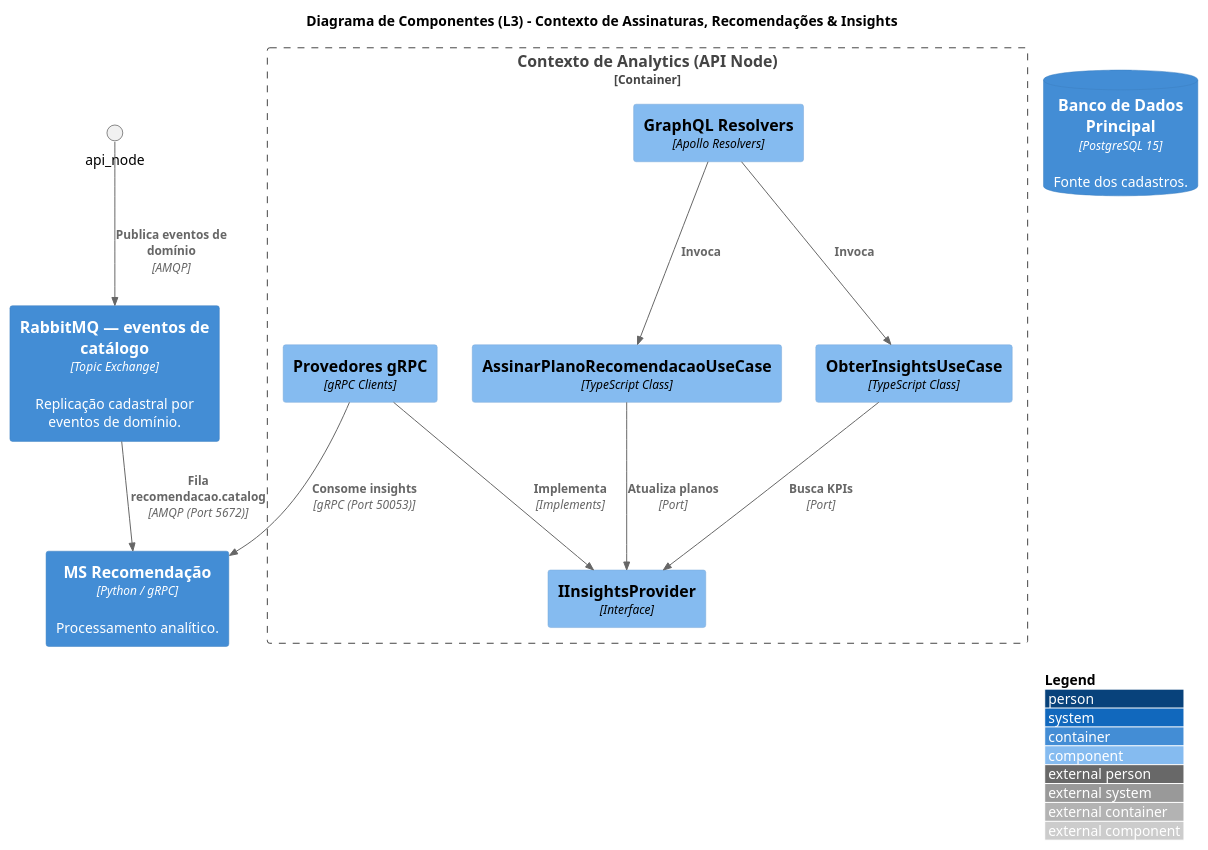
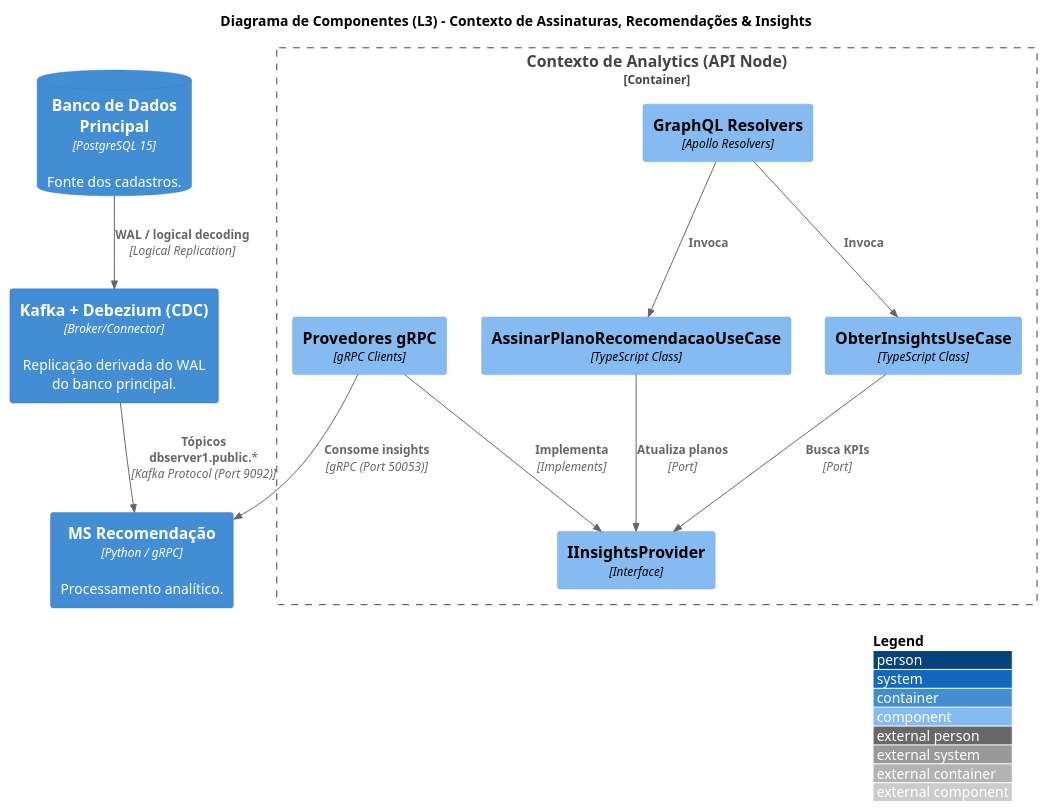
Before and after one commit to arthurair3s/arquitetura-de-software: the fourth of 5 diagrams in docs/diagramas/c3/c4_l3_component.puml, drawn with PlantUML. The commit also changed 5 other files, not shown here.

First line of the commit message:
atualiza README e diagramas para o pipeline de CDC

```diff
--- a/docs/diagramas/c3/c4_l3_component.puml
+++ b/docs/diagramas/c3/c4_l3_component.puml
@@ -131,29 +131,29 @@
 @startuml C4_L3_Component_Analytics
 !include https://raw.githubusercontent.com/plantuml-stdlib/C4-PlantUML/master/C4_Component.puml
 
 LAYOUT_WITH_LEGEND()
 
 title Diagrama de Componentes (L3) - Contexto de Assinaturas, Recomendações & Insights
 
 Container(ms_recomendacao, "MS Recomendação", "Python / gRPC", "Processamento analítico.")
-Container(catalogo_eventos, "RabbitMQ — eventos de catálogo", "Topic Exchange", "Replicação cadastral por eventos de domínio.")
+Container(cdc, "Kafka + Debezium (CDC)", "Broker/Connector", "Replicação derivada do WAL do banco principal.")
 ContainerDb(db_postgres, "Banco de Dados Principal", "PostgreSQL 15", "Fonte dos cadastros.")
 
 Container_Boundary(api_node_analytics, "Contexto de Analytics (API Node)") {
     Component(resolvers, "GraphQL Resolvers", "Apollo Resolvers")
     Component(uc_assinatura, "AssinarPlanoRecomendacaoUseCase", "TypeScript Class")
     Component(uc_insights, "ObterInsightsUseCase", "TypeScript Class")
     Component(i_insights_provider, "IInsightsProvider", "Interface")
     Component(grpc_providers, "Provedores gRPC", "gRPC Clients")
 }
 
 Rel(resolvers, uc_assinatura, "Invoca")
 Rel(resolvers, uc_insights, "Invoca")
 Rel(uc_insights, i_insights_provider, "Busca KPIs", "Port")
 Rel(uc_assinatura, i_insights_provider, "Atualiza planos", "Port")
 Rel(grpc_providers, i_insights_provider, "Implementa", "Implements")
 Rel(grpc_providers, ms_recomendacao, "Consome insights", "gRPC (Port 50053)")
-Rel(api_node, catalogo_eventos, "Publica eventos de domínio", "AMQP")
-Rel(catalogo_eventos, ms_recomendacao, "Fila recomendacao.catalog", "AMQP (Port 5672)")
+Rel(db_postgres, cdc, "WAL / logical decoding", "Logical Replication")
+Rel(cdc, ms_recomendacao, "Tópicos dbserver1.public.*", "Kafka Protocol (Port 9092)")
 
 @enduml
```
